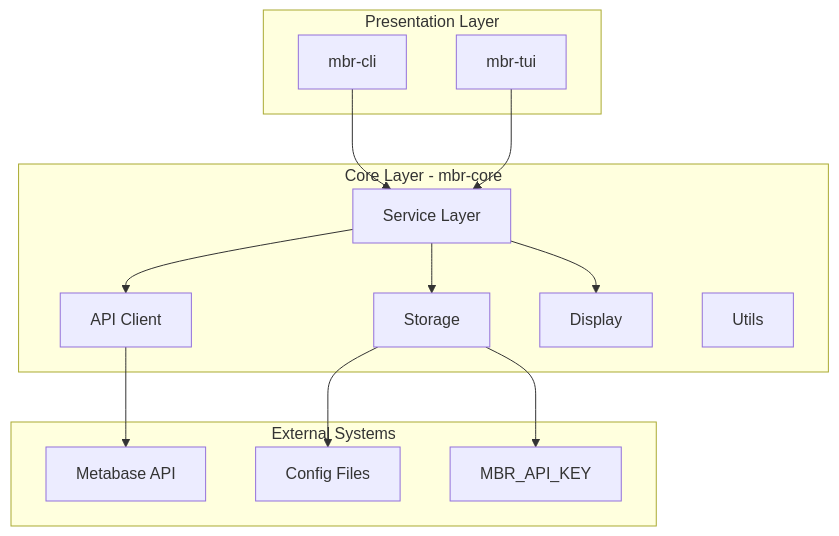
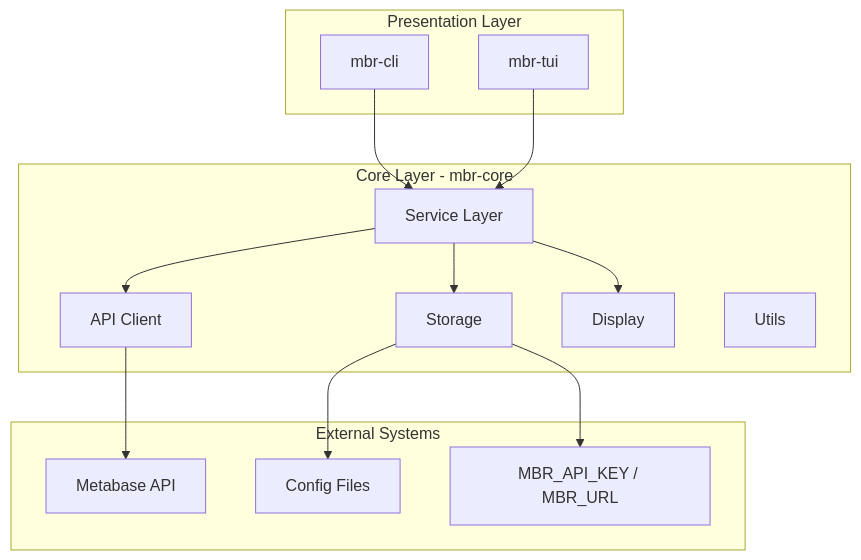
One commit to daisuke8000/mbr-cli changed the first of 6 diagrams in ARCHITECTURE.md. Above: the diagram before and after it, drawn with Mermaid. The commit also changed other lines of this file and 10 other files, not shown here.

````diff
--- a/ARCHITECTURE.md
+++ b/ARCHITECTURE.md
@@ -5,32 +5,32 @@
 ```mermaid
 graph TB
     subgraph Presentation["Presentation Layer"]
         CLI[mbr-cli]
         TUI[mbr-tui]
     end
 
     subgraph Core["Core Layer - mbr-core"]
         Services[Service Layer]
         API[API Client]
         Storage[Storage]
         Display[Display]
         Utils[Utils]
     end
 
     subgraph External["External Systems"]
         Metabase[Metabase API]
         FileSystem[Config Files]
-        EnvVar[MBR_API_KEY]
+        EnvVar[MBR_API_KEY / MBR_URL]
     end
 
     CLI --> Services
     TUI --> Services
 
     Services --> API
     Services --> Storage
     Services --> Display
 
     API --> Metabase
     Storage --> FileSystem
     Storage --> EnvVar
 ```
````
